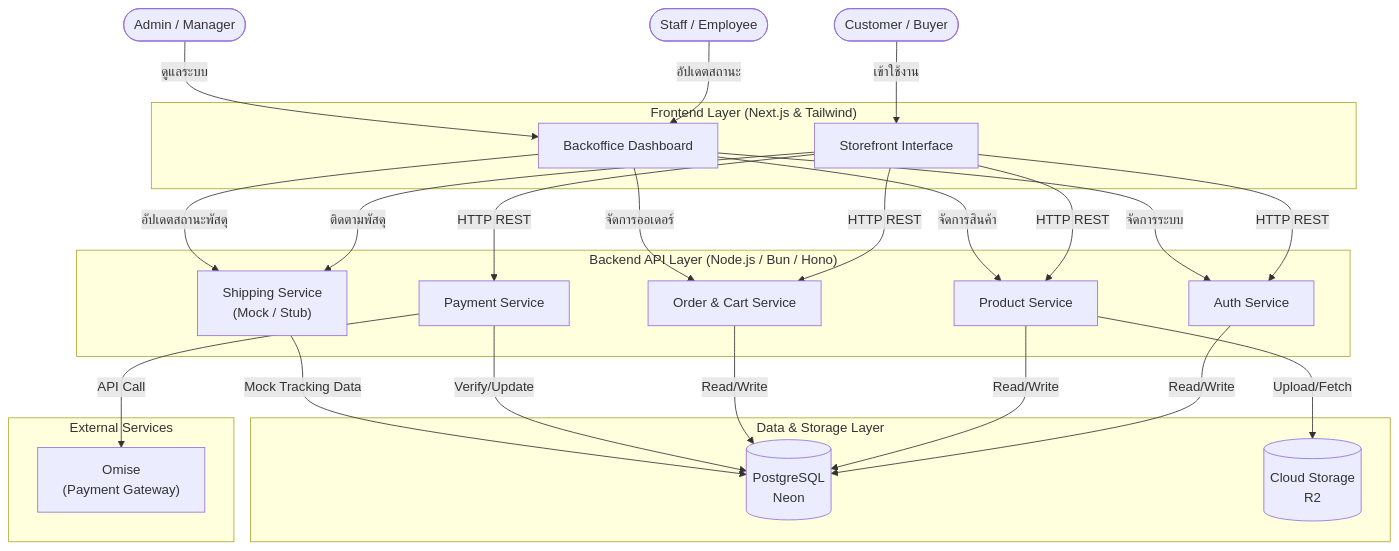
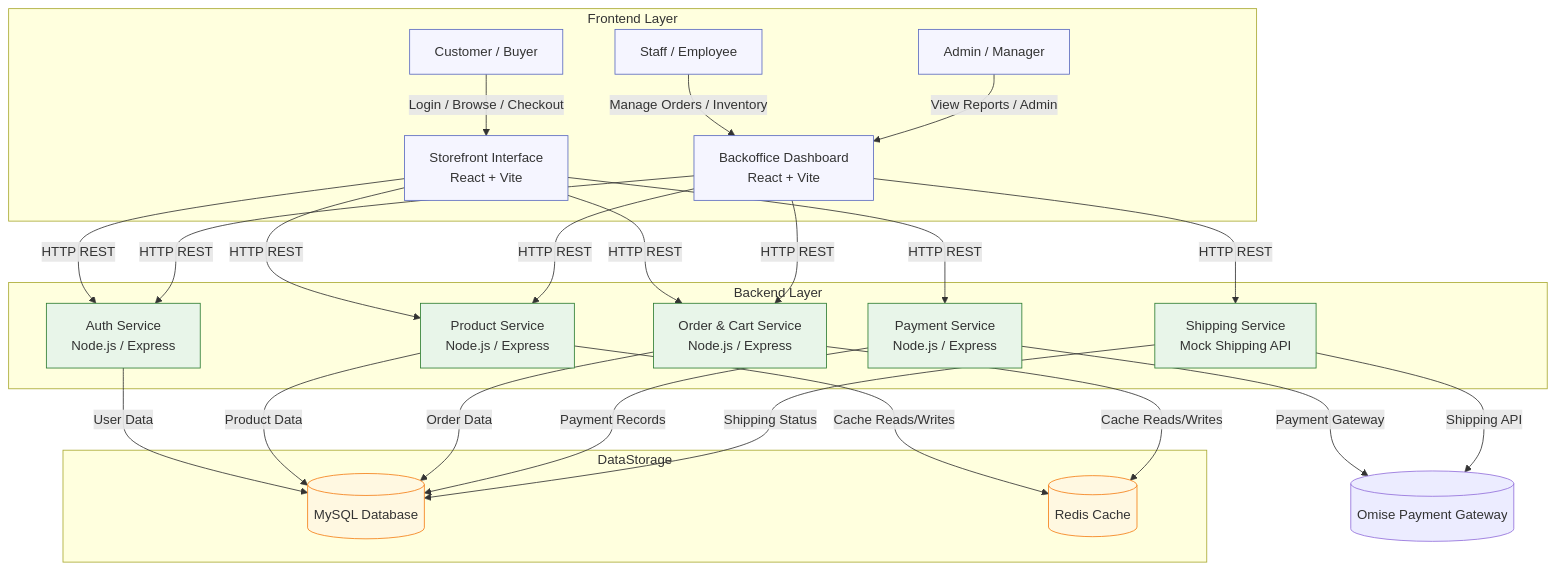
Before and after one commit to TimeSuwichak/204test: the diagram in README.md, drawn with Mermaid. The commit also changed other lines of this file, not shown here.

Commit message:
เพิ่ม Mermaid

````diff
--- a/README.md
+++ b/README.md
@@ -168,60 +169,57 @@
 ```mermaid
-graph TD
-    %% 1. Actors Layer
-    Customer(["Customer / Buyer"])
-    Staff(["Staff / Employee"])
-    Admin(["Admin / Manager"])
-
-    %% 2. Frontend Layer
-    subgraph Frontend ["Frontend Layer (Next.js & Tailwind)"]
-        BuyerUI["Storefront Interface"]
-        AdminUI["Backoffice Dashboard"]
+flowchart TD
+    subgraph Frontend Layer
+        A1[Customer / Buyer]
+        A2[Staff / Employee]
+        A3[Admin / Manager]
+        Web1[Storefront Interface<br/>React + Vite]
+        Web2[Backoffice Dashboard<br/>React + Vite]
     end
 
-    %% 3. Backend Layer
-    subgraph Backend ["Backend API Layer (Node.js / Bun / Hono)"]
-        Auth["Auth Service"]
-        Product["Product Service"]
-        Order["Order & Cart Service"]
-        Payment["Payment Service"]
-        Shipping["Shipping Service <br> (Mock / Stub)"]
+    subgraph Backend Layer
+        B1[Auth Service<br/>Node.js / Express]
+        B2[Product Service<br/>Node.js / Express]
+        B3[Order & Cart Service<br/>Node.js / Express]
+        B4[Payment Service<br/>Node.js / Express]
+        B5[Shipping Service<br/>Mock Shipping API]
     end
 
-    %% 4. Infrastructure & Database Layer
-    subgraph Infrastructure ["Data & Storage Layer"]
-        DB[("PostgreSQL <br> Neon")]
-        Storage[("Cloud Storage <br> R2")]
+    subgraph DataStorage
+        DB[(MySQL Database)]
+        Cache[(Redis Cache)]
     end
 
-    %% 5. External Services Layer
-    subgraph External ["External Services"]
-        Omise["Omise <br> (Payment Gateway)"]
-    end
+    A1 -->|Login / Browse / Checkout| Web1
+    A2 -->|Manage Orders / Inventory| Web2
+    A3 -->|View Reports / Admin| Web2
 
-    %% --- Connections ---
-    
-    Customer -->|เข้าใช้งาน| BuyerUI
-    Staff -->|อัปเดตสถานะ| AdminUI
-    Admin -->|ดูแลระบบ| AdminUI
+    Web1 -->|HTTP REST| B1
+    Web1 -->|HTTP REST| B2
+    Web1 -->|HTTP REST| B3
+    Web1 -->|HTTP REST| B4
 
-    BuyerUI -->|HTTP REST| Auth
-    BuyerUI -->|HTTP REST| Product
-    BuyerUI -->|HTTP REST| Order
-    BuyerUI -->|HTTP REST| Payment
-    BuyerUI -->|ติดตามพัสดุ| Shipping
+    Web2 -->|HTTP REST| B1
+    Web2 -->|HTTP REST| B2
+    Web2 -->|HTTP REST| B3
+    Web2 -->|HTTP REST| B5
 
-    AdminUI -->|อัปเดตสถานะพัสดุ| Shipping
-    AdminUI -->|จัดการออเดอร์| Order
-    AdminUI -->|จัดการสินค้า| Product
-    AdminUI -->|จัดการระบบ| Auth
+    B1 -->|User Data| DB
+    B2 -->|Product Data| DB
+    B3 -->|Order Data| DB
+    B4 -->|Payment Records| DB
+    B5 -->|Shipping Status| DB
 
-    Auth -->|Read/Write| DB
-    Product -->|Read/Write| DB
-    Product -->|Upload/Fetch| Storage
-    Order -->|Read/Write| DB
-    Payment -->|Verify/Update| DB
-    
-    %% Gateway & Mock Connections
-    Payment -->|API Call| Omise
-    Shipping -->|Mock Tracking Data| DB
+    B2 -->|Cache Reads/Writes| Cache
+    B3 -->|Cache Reads/Writes| Cache
+
+    B4 -->|Payment Gateway| Omise[(Omise Payment Gateway)]
+    B5 -->|Shipping API| Omise
+
+    classDef frontend fill:#f5f5ff,stroke:#5c6bc0,stroke-width:1px;
+    classDef backend fill:#e8f5e9,stroke:#2e7d32,stroke-width:1px;
+    classDef data fill:#fff8e1,stroke:#f57f17,stroke-width:1px;
+
+    class A1,A2,A3,Web1,Web2 frontend;
+    class B1,B2,B3,B4,B5 backend;
+    class DB,Cache data;
 ```
````
